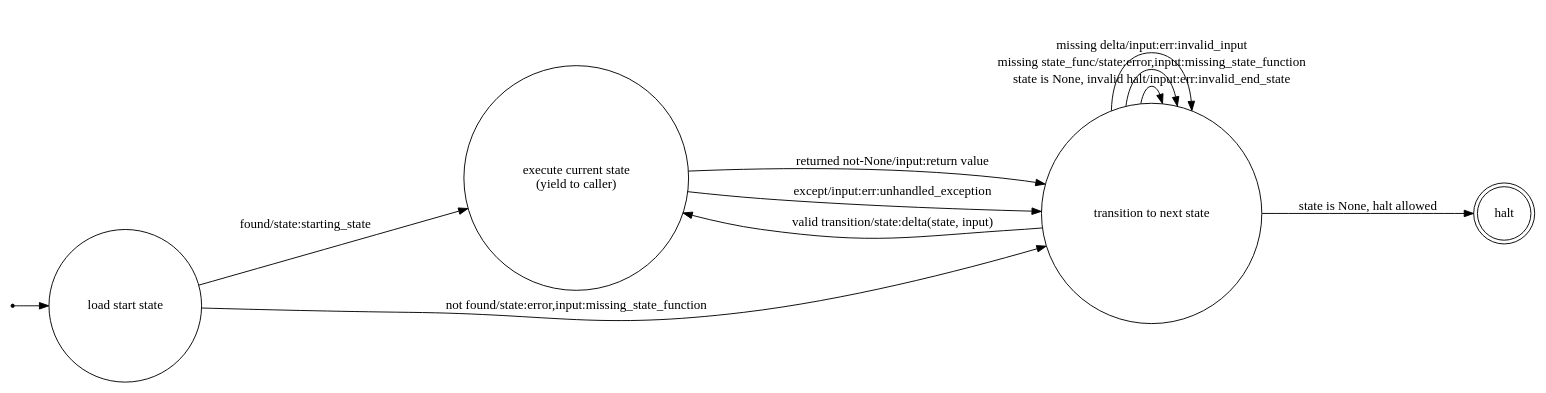
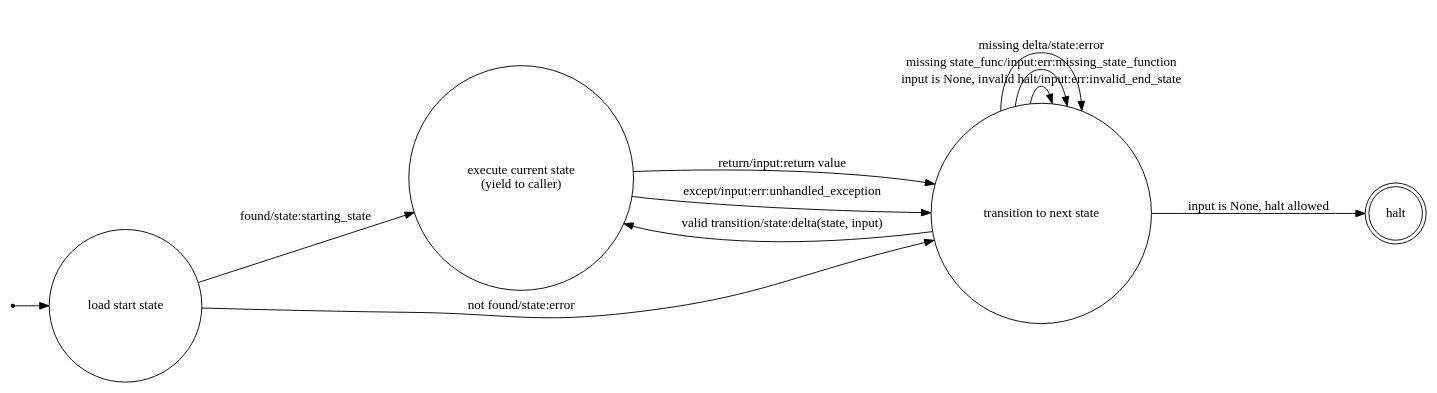
Before and after one commit to mbr/twentyfive: the diagram in exec.dot, drawn with Graphviz.

Commit message:
Reworked DFA once again.

```diff
--- a/exec.dot
+++ b/exec.dot
@@ -1,20 +1,20 @@
 digraph {
   rankdir=LR;
   node [shape = point ];
   qi;
   node [shape = circle];
   qi -> start;
   start [label="load start state"];
   exec [label="execute current state\n(yield to caller)"];
   transition [label="transition to next state"];
   halt [shape=doublecircle];
-  start -> transition [label="not found/state:error,input:missing_state_function"];
+  start -> transition [label="not found/state:error"];
   start -> exec [label="found/state:starting_state"];
-  exec -> transition [label="returned not-None/input:return value"];
+  exec -> transition [label="return/input:return value"];
   exec -> transition [label="except/input:err:unhandled_exception"];
-  transition -> halt [label="state is None, halt allowed"];
-  transition -> transition [label="state is None, invalid halt/input:err:invalid_end_state"];
+  transition -> halt [label="input is None, halt allowed"];
+  transition -> transition [label="input is None, invalid halt/input:err:invalid_end_state"];
   transition -> exec [label="valid transition/state:delta(state, input)"];
-  transition -> transition [label="missing state_func/state:error,input:missing_state_function"];
-  transition -> transition [label="missing delta/input:err:invalid_input"];
+  transition -> transition [label="missing state_func/input:err:missing_state_function"];
+  transition -> transition [label="missing delta/state:error"];
 }
```
